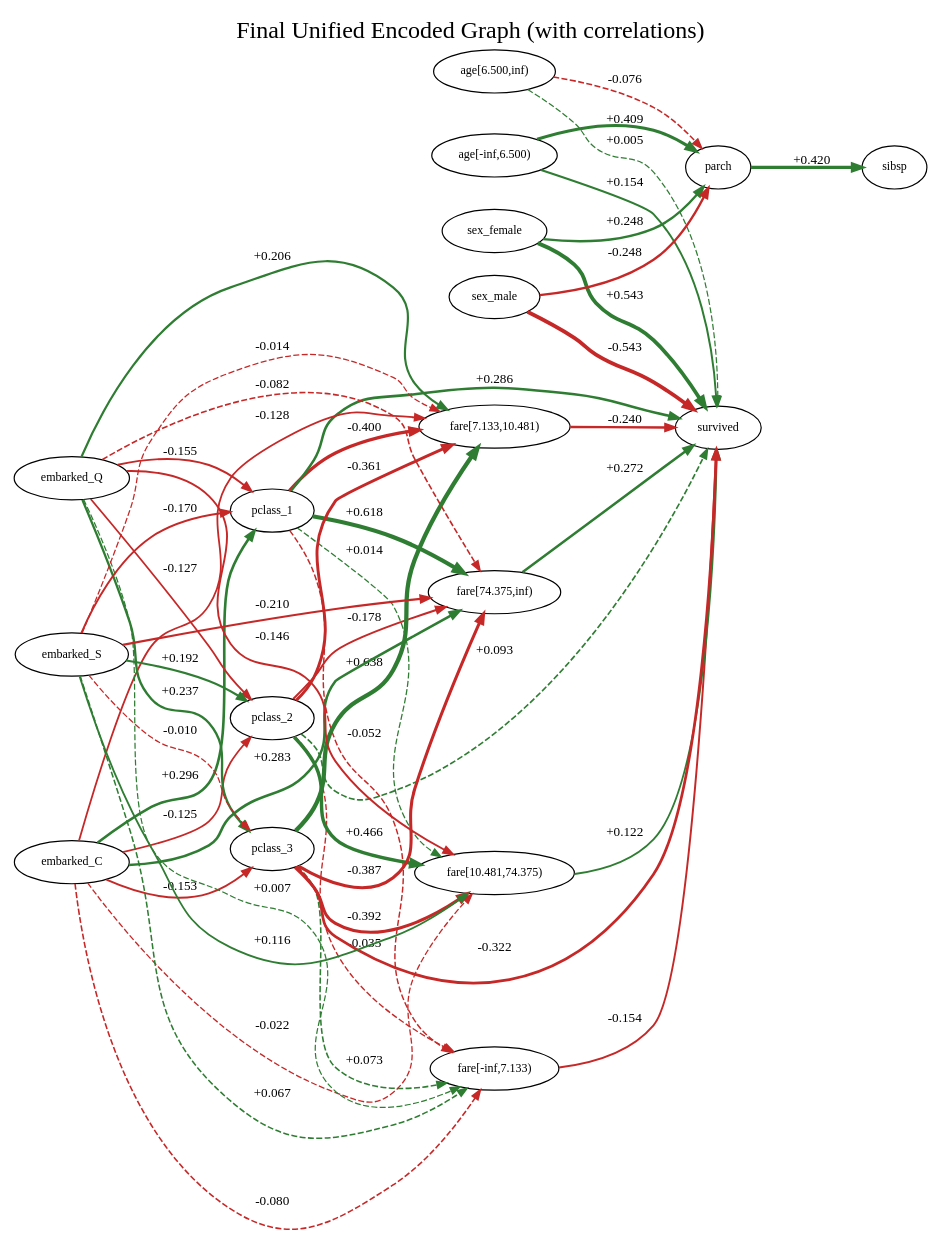
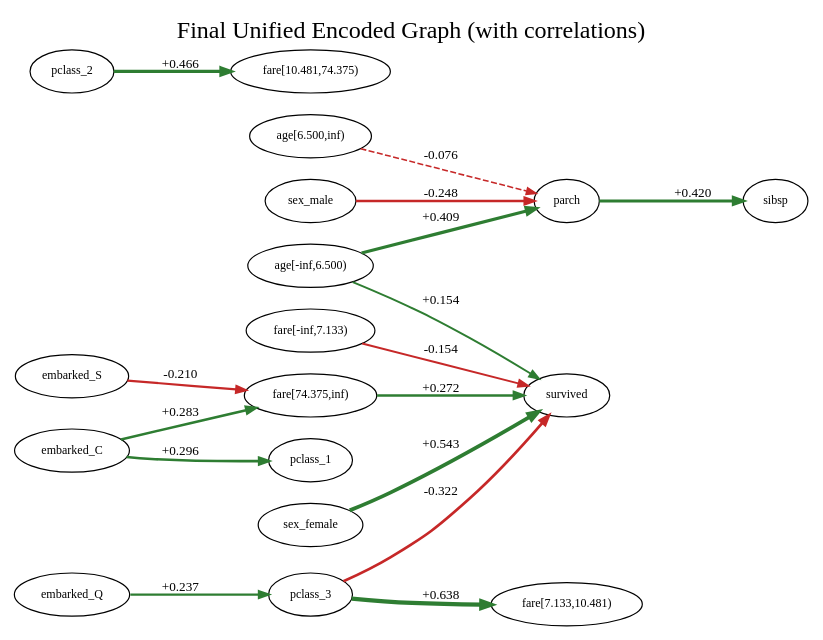
One commit to AKANEMO22/MedTCAX-Causal-Argumentative-Explainability changed the diagram in causal_argumentation-main/outputs_titanic/fci_experiment/final_unified_fci_weighted.dot. Above: the diagram before and after it, drawn with Graphviz. The commit also changed 30 other files, not shown here.

```diff
--- a/causal_argumentation-main/outputs_titanic/fci_experiment/final_unified_fci_weighted.dot
+++ b/causal_argumentation-main/outputs_titanic/fci_experiment/final_unified_fci_weighted.dot
@@ -1,72 +1,38 @@
 digraph G {
 rankdir=LR;
 label="Final Unified Encoded Graph (with correlations)";
 labelloc=t;
 fontsize=20;
 "age[-inf,6.500)" [shape=ellipse, fontsize=10];
 "age[6.500,inf)" [shape=ellipse, fontsize=10];
 "fare[-inf,7.133)" [shape=ellipse, fontsize=10];
 "fare[7.133,10.481)" [shape=ellipse, fontsize=10];
 "fare[10.481,74.375)" [shape=ellipse, fontsize=10];
 "fare[74.375,inf)" [shape=ellipse, fontsize=10];
 sibsp [shape=ellipse, fontsize=10];
 parch [shape=ellipse, fontsize=10];
 pclass_1 [shape=ellipse, fontsize=10];
 pclass_2 [shape=ellipse, fontsize=10];
 pclass_3 [shape=ellipse, fontsize=10];
 sex_female [shape=ellipse, fontsize=10];
 sex_male [shape=ellipse, fontsize=10];
 embarked_C [shape=ellipse, fontsize=10];
 embarked_Q [shape=ellipse, fontsize=10];
 embarked_S [shape=ellipse, fontsize=10];
 survived [shape=ellipse, fontsize=10];
 "age[-inf,6.500)" -> survived [arrowsize=0.8, label=" +0.154 ", fontsize=11, color="#2e7d32", penwidth=1.6177861699496239];
 "age[-inf,6.500)" -> parch [arrowsize=0.8, label=" +0.409 ", fontsize=11, color="#2e7d32", penwidth=2.6369918056082815];
-"age[6.500,inf)" -> survived [arrowsize=0.8, label=" +0.005 ", fontsize=11, color="#2e7d32", style=dashed, penwidth=1.0208491370264643];
 "age[6.500,inf)" -> parch [arrowsize=0.8, label=" -0.076 ", fontsize=11, color="#c62828", style=dashed, penwidth=1.302104071312626];
 "fare[-inf,7.133)" -> survived [arrowsize=0.8, label=" -0.154 ", fontsize=11, color="#c62828", penwidth=1.6150804969855084];
-"fare[7.133,10.481)" -> survived [arrowsize=0.8, label=" -0.240 ", fontsize=11, color="#c62828", penwidth=1.9595400425618767];
-"fare[10.481,74.375)" -> survived [arrowsize=0.8, label=" +0.122 ", fontsize=11, color="#2e7d32", penwidth=1.4866630926507167];
 "fare[74.375,inf)" -> survived [arrowsize=0.8, label=" +0.272 ", fontsize=11, color="#2e7d32", penwidth=2.0897039893171288];
 parch -> sibsp [arrowsize=0.8, label=" +0.420 ", fontsize=11, color="#2e7d32", penwidth=2.680932707475021];
-pclass_1 -> "fare[-inf,7.133)" [arrowsize=0.8, label=" -0.052 ", fontsize=11, color="#c62828", style=dashed, penwidth=1.2067024334934522];
-pclass_1 -> "fare[10.481,74.375)" [arrowsize=0.8, label=" +0.014 ", fontsize=11, color="#2e7d32", style=dashed, penwidth=1.0565179052716211];
-pclass_1 -> "fare[7.133,10.481)" [arrowsize=0.8, label=" -0.400 ", fontsize=11, color="#c62828", penwidth=2.599999999999998];
-pclass_1 -> survived [arrowsize=0.8, label=" +0.286 ", fontsize=11, color="#2e7d32", penwidth=2.1436150711349695];
-pclass_1 -> "fare[74.375,inf)" [arrowsize=0.8, label=" +0.618 ", fontsize=11, color="#2e7d32", penwidth=3.4715000187273484];
-pclass_2 -> "fare[-inf,7.133)" [arrowsize=0.8, label=" -0.035 ", fontsize=11, color="#c62828", style=dashed, penwidth=1.1398957882753673];
 pclass_2 -> "fare[10.481,74.375)" [arrowsize=0.8, label=" +0.466 ", fontsize=11, color="#2e7d32", penwidth=2.864432504407697];
-pclass_2 -> "fare[7.133,10.481)" [arrowsize=0.8, label=" -0.361 ", fontsize=11, color="#c62828", penwidth=2.4429264621269073];
-pclass_2 -> survived [arrowsize=0.8, label=" +0.093 ", fontsize=11, color="#2e7d32", style=dashed, penwidth=1.3733942896477154];
-pclass_2 -> "fare[74.375,inf)" [arrowsize=0.8, label=" -0.178 ", fontsize=11, color="#c62828", penwidth=1.7132385556337684];
-pclass_3 -> "fare[-inf,7.133)" [arrowsize=0.8, label=" +0.073 ", fontsize=11, color="#2e7d32", style=dashed, penwidth=1.291950879343746];
-pclass_3 -> "fare[10.481,74.375)" [arrowsize=0.8, label=" -0.392 ", fontsize=11, color="#c62828", penwidth=2.566076741692204];
+pclass_3 -> survived [arrowsize=0.8, label=" -0.322 ", fontsize=11, color="#c62828", penwidth=2.2892334294918806];
 pclass_3 -> "fare[7.133,10.481)" [arrowsize=0.8, label=" +0.638 ", fontsize=11, color="#2e7d32", penwidth=3.5529025850904143];
-pclass_3 -> survived [arrowsize=0.8, label=" -0.322 ", fontsize=11, color="#c62828", penwidth=2.2892334294918806];
-pclass_3 -> "fare[74.375,inf)" [arrowsize=0.8, label=" -0.387 ", fontsize=11, color="#c62828", penwidth=2.54898195217414];
 sex_female -> survived [arrowsize=0.8, label=" +0.543 ", fontsize=11, color="#2e7d32", penwidth=3.17340552263102];
-sex_female -> parch [arrowsize=0.8, label=" +0.248 ", fontsize=11, color="#2e7d32", penwidth=1.9900907139670656];
-sex_male -> survived [arrowsize=0.8, label=" -0.543 ", fontsize=11, color="#c62828", penwidth=3.17340552263102];
 sex_male -> parch [arrowsize=0.8, label=" -0.248 ", fontsize=11, color="#c62828", penwidth=1.9900907139670658];
-embarked_C -> "fare[-inf,7.133)" [arrowsize=0.8, label=" -0.080 ", fontsize=11, color="#c62828", style=dashed, penwidth=1.3205515173281779];
+embarked_C -> "fare[74.375,inf)" [arrowsize=0.8, label=" +0.283 ", fontsize=11, color="#2e7d32", penwidth=2.131628284544541];
 embarked_C -> pclass_1 [arrowsize=0.8, label=" +0.296 ", fontsize=11, color="#2e7d32", penwidth=2.1856907175866684];
-embarked_C -> "fare[10.481,74.375)" [arrowsize=0.8, label=" -0.022 ", fontsize=11, color="#c62828", style=dashed, penwidth=1.0870456162135902];
-embarked_C -> "fare[7.133,10.481)" [arrowsize=0.8, label=" -0.128 ", fontsize=11, color="#c62828", penwidth=1.511283471649282];
-embarked_C -> "fare[74.375,inf)" [arrowsize=0.8, label=" +0.283 ", fontsize=11, color="#2e7d32", penwidth=2.131628284544541];
-embarked_C -> pclass_2 [arrowsize=0.8, label=" -0.125 ", fontsize=11, color="#c62828", penwidth=1.5016624080527285];
-embarked_C -> pclass_3 [arrowsize=0.8, label=" -0.153 ", fontsize=11, color="#c62828", penwidth=1.6133153536233307];
-embarked_Q -> "fare[-inf,7.133)" [arrowsize=0.8, label=" +0.007 ", fontsize=11, color="#2e7d32", style=dashed, penwidth=1.0279214440721098];
-embarked_Q -> pclass_1 [arrowsize=0.8, label=" -0.155 ", fontsize=11, color="#c62828", penwidth=1.621369766001199];
-embarked_Q -> "fare[10.481,74.375)" [arrowsize=0.8, label=" -0.146 ", fontsize=11, color="#c62828", penwidth=1.5855716862818185];
-embarked_Q -> "fare[7.133,10.481)" [arrowsize=0.8, label=" +0.206 ", fontsize=11, color="#2e7d32", penwidth=1.8247271439652288];
-embarked_Q -> "fare[74.375,inf)" [arrowsize=0.8, label=" -0.082 ", fontsize=11, color="#c62828", style=dashed, penwidth=1.3274081879404258];
-embarked_Q -> pclass_2 [arrowsize=0.8, label=" -0.127 ", fontsize=11, color="#c62828", penwidth=1.5092051454589839];
 embarked_Q -> pclass_3 [arrowsize=0.8, label=" +0.237 ", fontsize=11, color="#2e7d32", penwidth=1.9497950185504906];
-embarked_S -> "fare[-inf,7.133)" [arrowsize=0.8, label=" +0.067 ", fontsize=11, color="#2e7d32", style=dashed, penwidth=1.2670455588252827];
-embarked_S -> pclass_1 [arrowsize=0.8, label=" -0.170 ", fontsize=11, color="#c62828", penwidth=1.68151743523894];
-embarked_S -> "fare[10.481,74.375)" [arrowsize=0.8, label=" +0.116 ", fontsize=11, color="#2e7d32", penwidth=1.4641301399978257];
-embarked_S -> "fare[7.133,10.481)" [arrowsize=0.8, label=" -0.014 ", fontsize=11, color="#c62828", style=dashed, penwidth=1.0567340216640118];
 embarked_S -> "fare[74.375,inf)" [arrowsize=0.8, label=" -0.210 ", fontsize=11, color="#c62828", penwidth=1.8407305945146004];
-embarked_S -> pclass_2 [arrowsize=0.8, label=" +0.192 ", fontsize=11, color="#2e7d32", penwidth=1.768244411909147];
-embarked_S -> pclass_3 [arrowsize=0.8, label=" -0.010 ", fontsize=11, color="#c62828", style=dashed, penwidth=1.038042193716542];
 }
```
